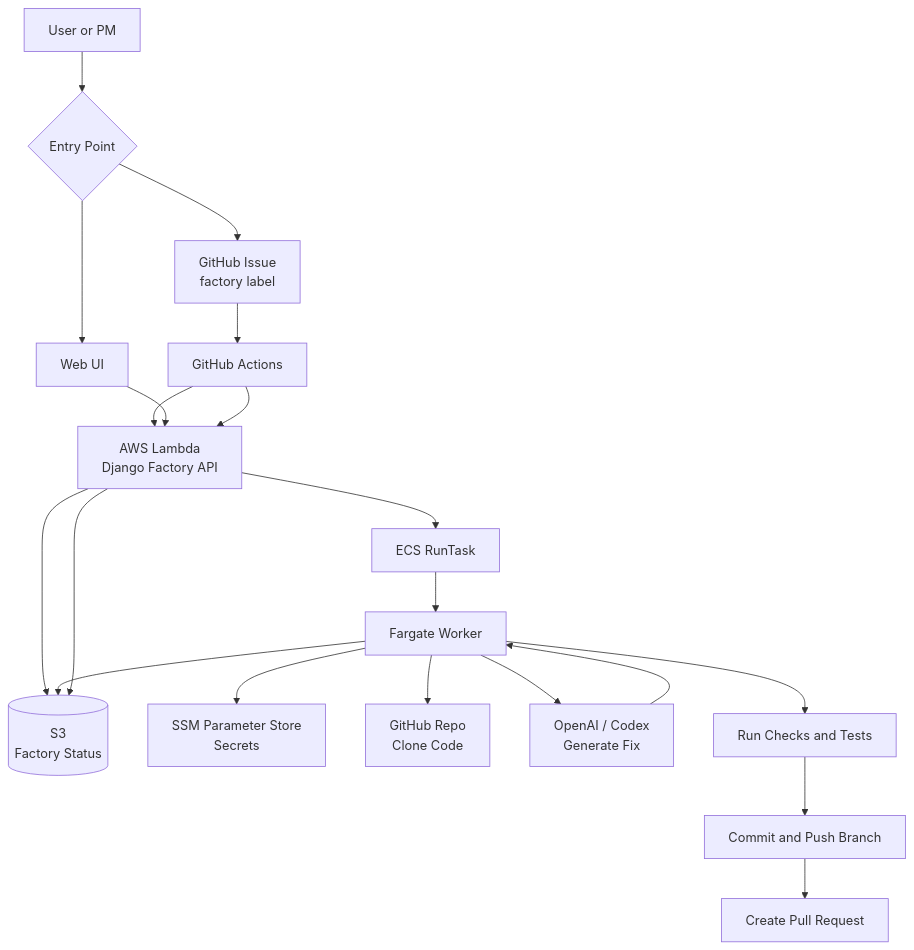
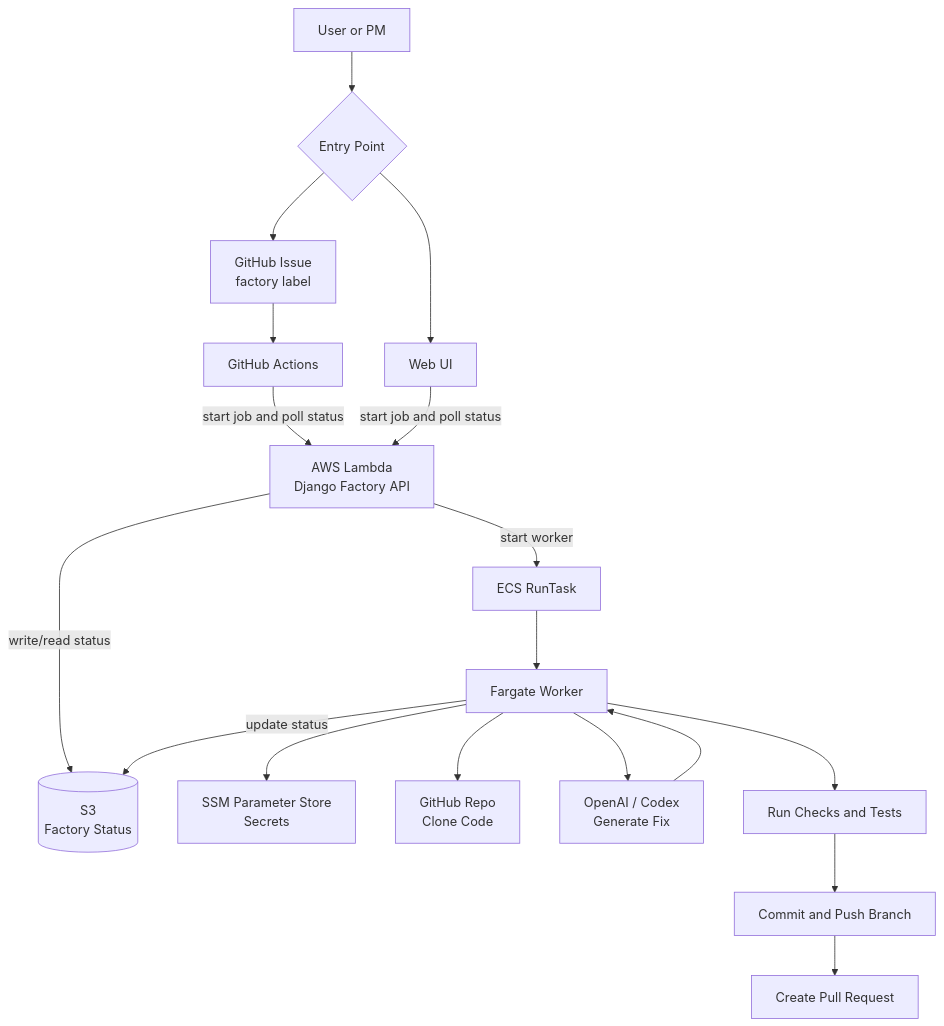
The diagram in factory_architecture.md (abhiverma31/software-factory-prototype), drawn with Mermaid before and after one commit.

Commit message:
Fix architecture diagram arrows

````diff
--- a/factory_architecture.md
+++ b/factory_architecture.md
@@ -5,28 +5,26 @@
 ```mermaid
 flowchart TD
     A[User or PM] --> B{Entry Point}
 
     B --> C[Web UI]
     B --> D[GitHub Issue<br/>factory label]
 
     D --> E[GitHub Actions]
-    E --> F[AWS Lambda<br/>Django Factory API]
-    C --> F
+    E -->|start job and poll status| F[AWS Lambda<br/>Django Factory API]
+    C -->|start job and poll status| F
 
-    F --> G[(S3<br/>Factory Status)]
-    F --> H[ECS RunTask]
+    F -->|write/read status| G[(S3<br/>Factory Status)]
+    F -->|start worker| H[ECS RunTask]
     H --> I[Fargate Worker]
 
     I --> J[SSM Parameter Store<br/>Secrets]
     I --> K[GitHub Repo<br/>Clone Code]
     I --> L[OpenAI / Codex<br/>Generate Fix]
     L --> I
 
     I --> M[Run Checks and Tests]
     M --> N[Commit and Push Branch]
     N --> O[Create Pull Request]
 
-    I --> G
-    E --> F
-    F --> G
+    I -->|update status| G
 ```
````
